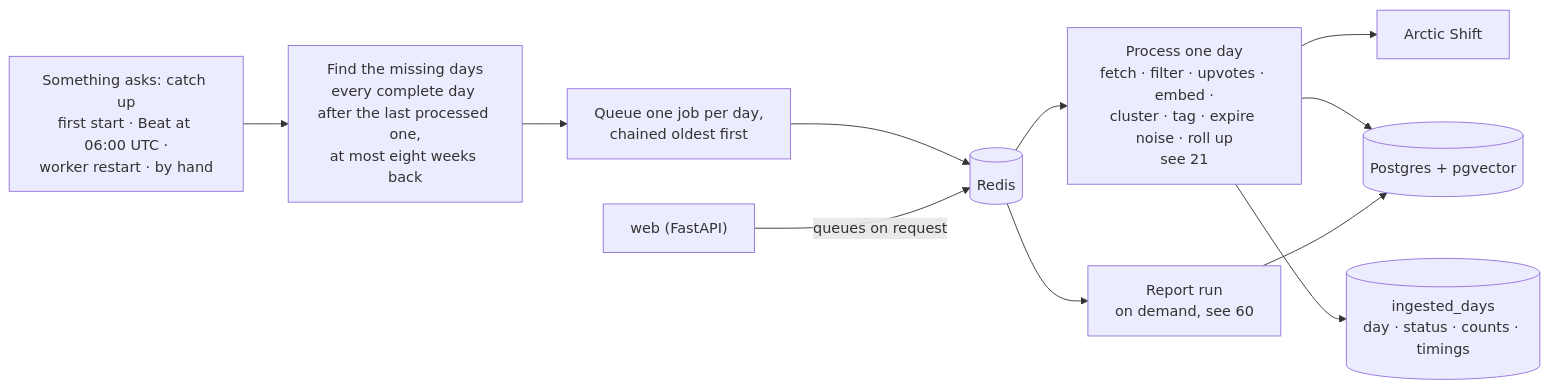
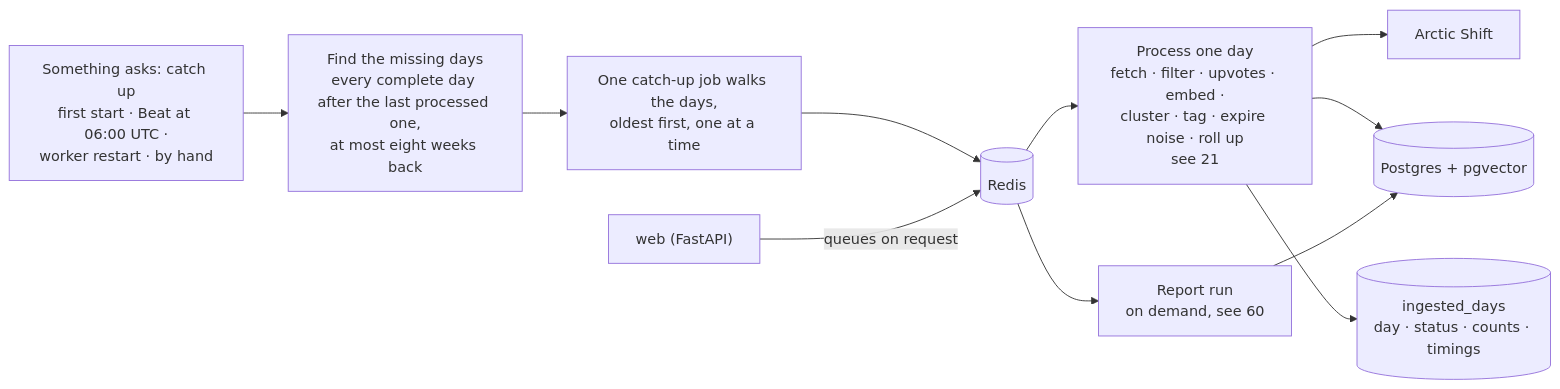
Before and after one commit to brianaderer/transcendent: the second of 2 diagrams in docs/atlas/40-backend.md, drawn with Mermaid. The commit also changed other lines of this file and 3 other files, not shown here.

Commit message:
Atlas: catch-up as one job walking the days; event types as built; OPEN-13 first measurement

````diff
--- a/docs/atlas/40-backend.md
+++ b/docs/atlas/40-backend.md
@@ -74,22 +74,22 @@
 ```mermaid
 flowchart LR
     TRIG["Something asks: catch up<br/>first start · Beat at 06:00 UTC ·<br/>worker restart · by hand"]
     GAP["Find the missing days<br/>every complete day after the last processed one,<br/>at most eight weeks back"]
-    CHAIN["Queue one job per day,<br/>chained oldest first"]
+    CHAIN["One catch-up job walks the days,<br/>oldest first, one at a time"]
     DAY["Process one day<br/>fetch · filter · upvotes · embed ·<br/>cluster · tag · expire noise · roll up<br/>see 21"]
     MARK[("ingested_days<br/>day · status · counts · timings")]
     REPJ["Report run<br/>on demand, see 60"]
     WEB["web (FastAPI)"]
     REDIS[("Redis")]
     AS["Arctic Shift"]
     PG[("Postgres + pgvector")]
 
     TRIG --> GAP --> CHAIN --> REDIS
     WEB -->|"queues on request"| REDIS
     REDIS --> DAY
     REDIS --> REPJ
     DAY --> AS
     DAY --> PG
     DAY --> MARK
     REPJ --> PG
 ```
````
